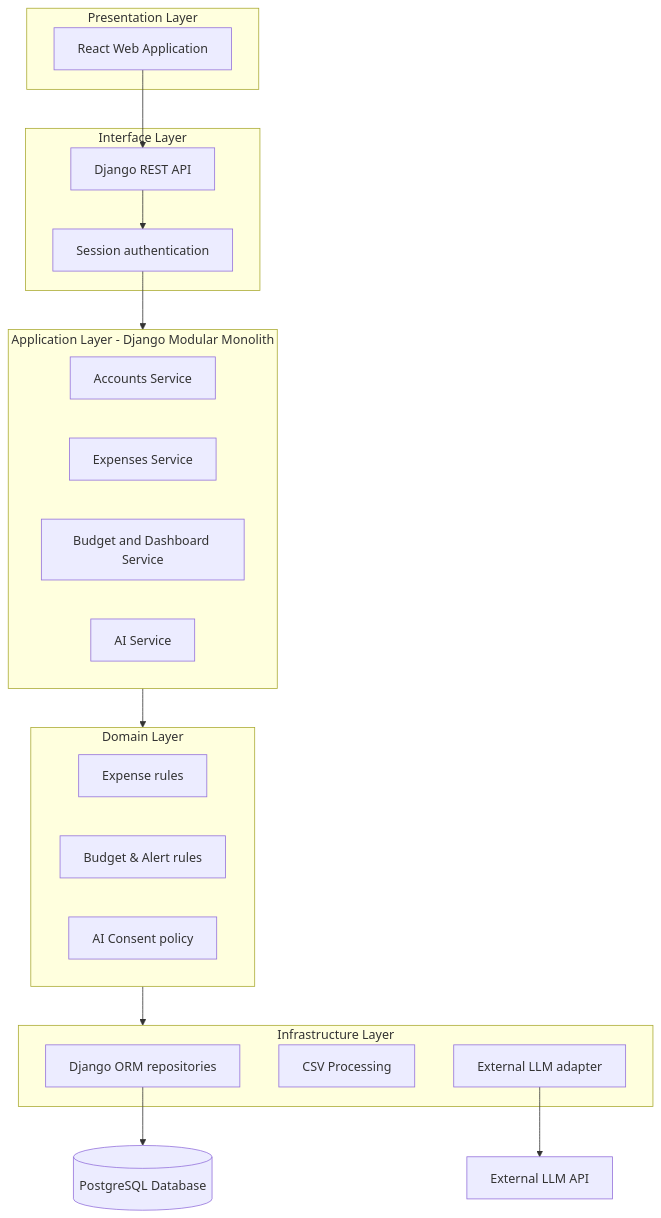
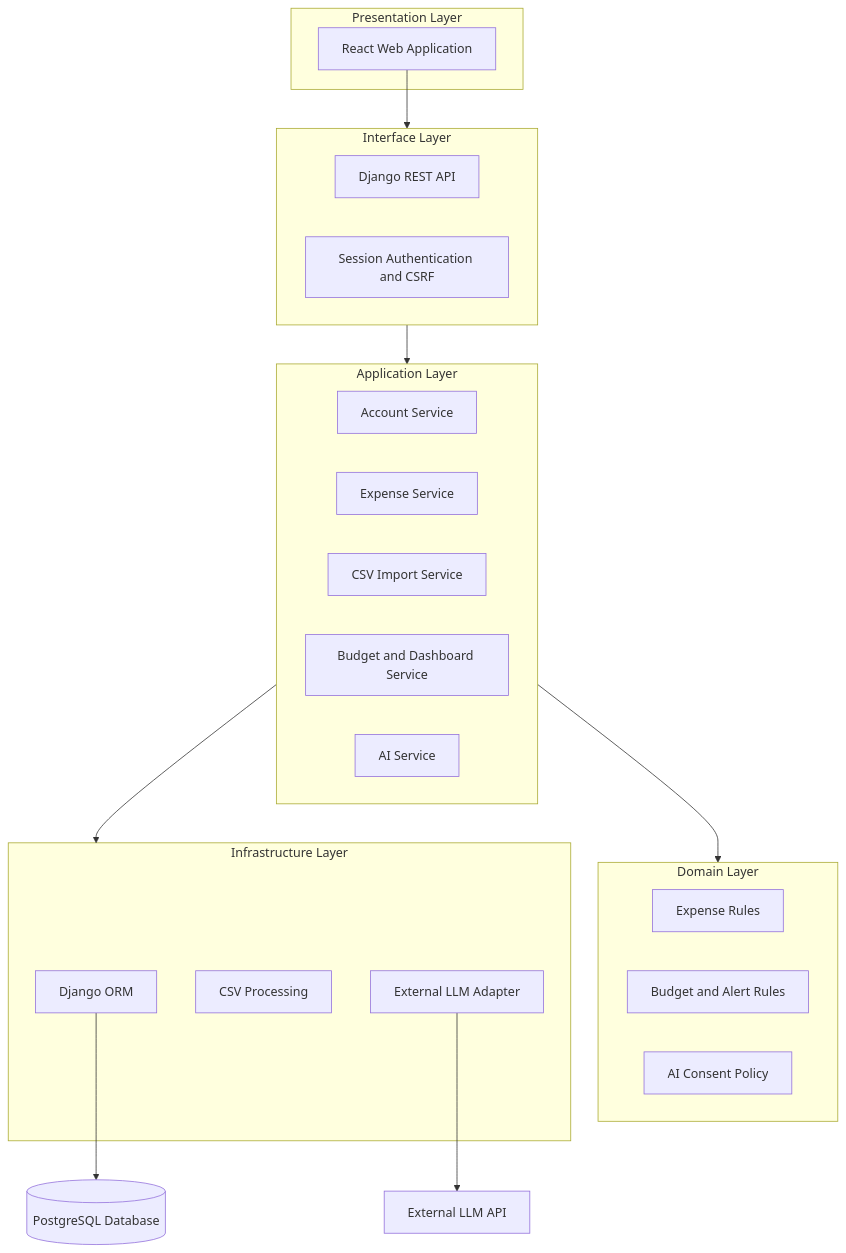
The diagram in docs/architecture/layered-architecture.md (fatima448/ai-finance-assistant), drawn with Mermaid before and after one commit. The commit also changed 6 other files, not shown here.

Commit message:
update software architecture diagrams

````diff
--- a/docs/architecture/layered-architecture.md
+++ b/docs/architecture/layered-architecture.md
@@ -1,42 +1,46 @@
 ```mermaid
+
 flowchart TB
     subgraph Presentation["Presentation Layer"]
         UI["React Web Application"]
     end
 
-    subgraph Interface["Interface Layer"]
-        API["Django REST API"]
-        Security["Session authentication"]
-    end
 
-    subgraph Application["Application Layer - Django Modular Monolith"]
-        Accounts["Accounts Service"]
-        Expenses["Expenses Service"]
-        Dashboard["Budget and Dashboard Service"]
-        AI["AI Service"]
-    end
+        subgraph Interface["Interface Layer"]
+            API["Django REST API"]
+            Security["Session Authentication and CSRF"]
+        end
 
-    subgraph Domain["Domain Layer"]
-        ExpenseRules["Expense rules"]
-        BudgetRules["Budget & Alert rules"]
-        ConsentRules["AI Consent policy"]
-    end
+        subgraph Application["Application Layer"]
+            Accounts["Account Service"]
+            Expenses["Expense Service"]
+            Import["CSV Import Service"]
+            Dashboard["Budget and Dashboard Service"]
+            AI["AI Service"]
+        end
 
-    subgraph Infrastructure["Infrastructure Layer"]
-        ORM["Django ORM repositories"]
-        CSV["CSV Processing"]
-        LLMAdapter["External LLM adapter"]
-    end
+        subgraph Domain["Domain Layer"]
+            ExpenseRules["Expense Rules"]
+            BudgetRules["Budget and Alert Rules"]
+            ConsentRules["AI Consent Policy"]
+        end
+
+        subgraph Infrastructure["Infrastructure Layer"]
+            ORM["Django ORM"]
+            CSV["CSV Processing"]
+            LLMAdapter["External LLM Adapter"]
+        end
 
     DB[("PostgreSQL Database")]
     LLM["External LLM API"]
 
-    UI --> API
-    API --> Security
-    Security --> Application
+    UI --> Interface
+    Interface --> Application
     Application --> Domain
-    Domain --> Infrastructure
+    Application --> Infrastructure
+
     ORM --> DB
     LLMAdapter --> LLM
 
+
 ```
````
